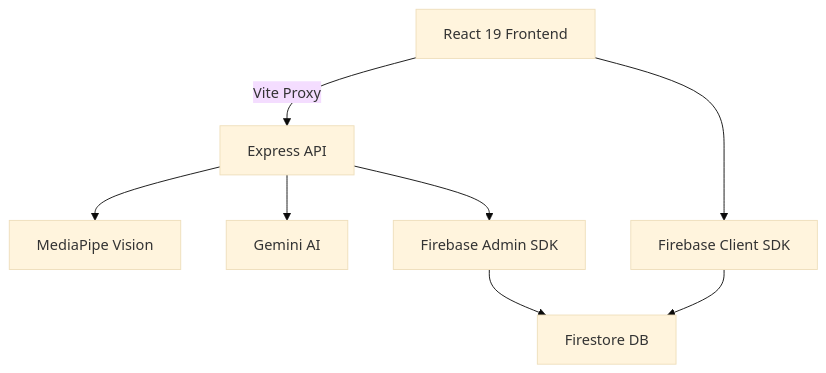
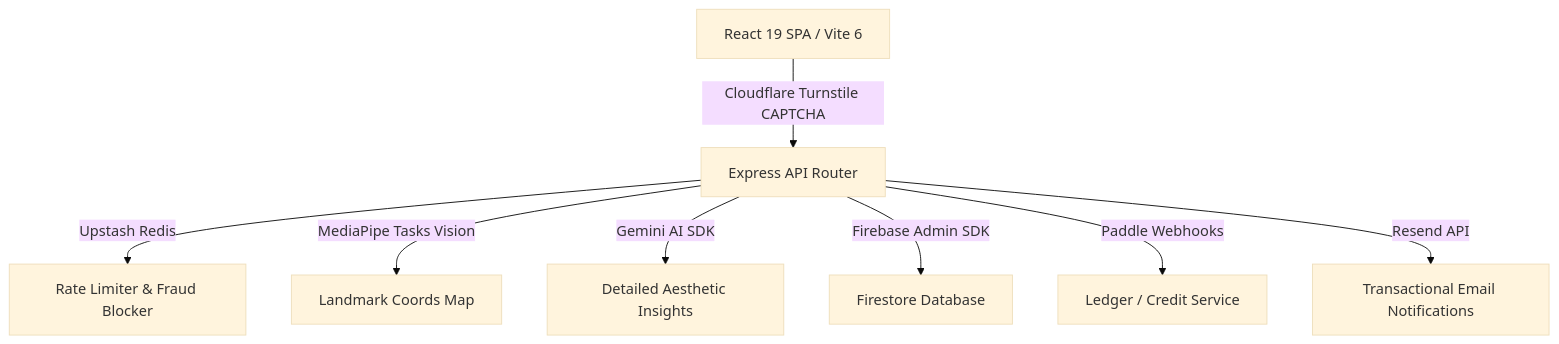
Before and after one commit to Rediz47/VisageX: the diagram in README.md, drawn with Mermaid (base theme). The commit also changed other lines of this file and 5 other files, not shown here.

````diff
--- a/README.md
+++ b/README.md
@@ -7,10 +57,10 @@
 ```mermaid
 graph TD
-    A[React 19 Frontend] -->|Vite Proxy| B[Express API]
-    B --> C[MediaPipe Vision]
-    B --> D[Gemini AI]
-    B --> E[Firebase Admin SDK]
-    E --> F[Firestore DB]
-    A --> G[Firebase Client SDK]
-    G --> F
+    A[React 19 SPA / Vite 6] -->|Cloudflare Turnstile CAPTCHA| B[Express API Router]
+    B -->|Upstash Redis| C[Rate Limiter & Fraud Blocker]
+    B -->|MediaPipe Tasks Vision| D[Landmark Coords Map]
+    B -->|Gemini AI SDK| E[Detailed Aesthetic Insights]
+    B -->|Firebase Admin SDK| F[Firestore Database]
+    B -->|Paddle Webhooks| G[Ledger / Credit Service]
+    B -->|Resend API| H[Transactional Email Notifications]
 ```
````
